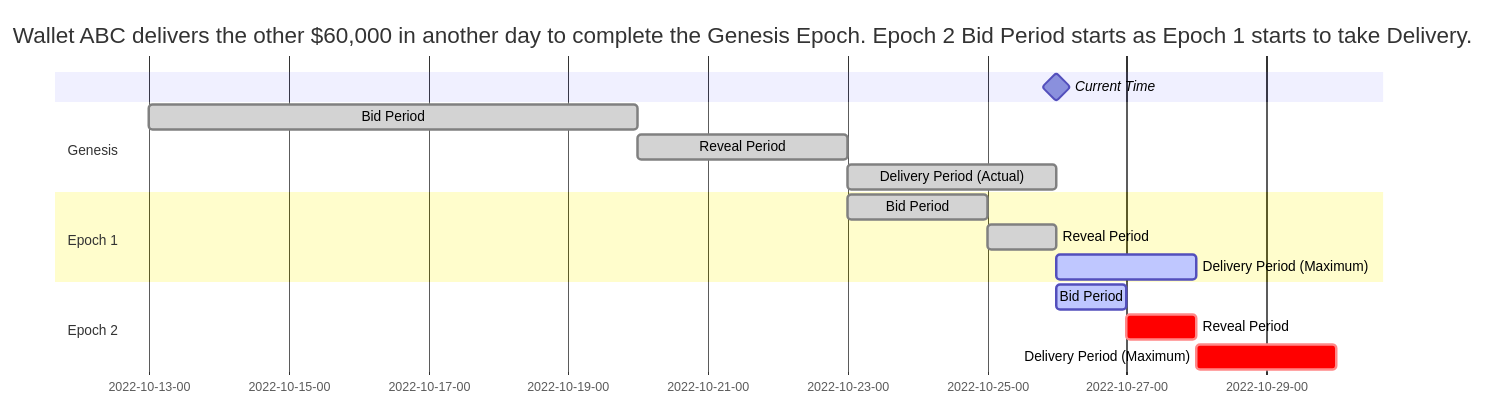
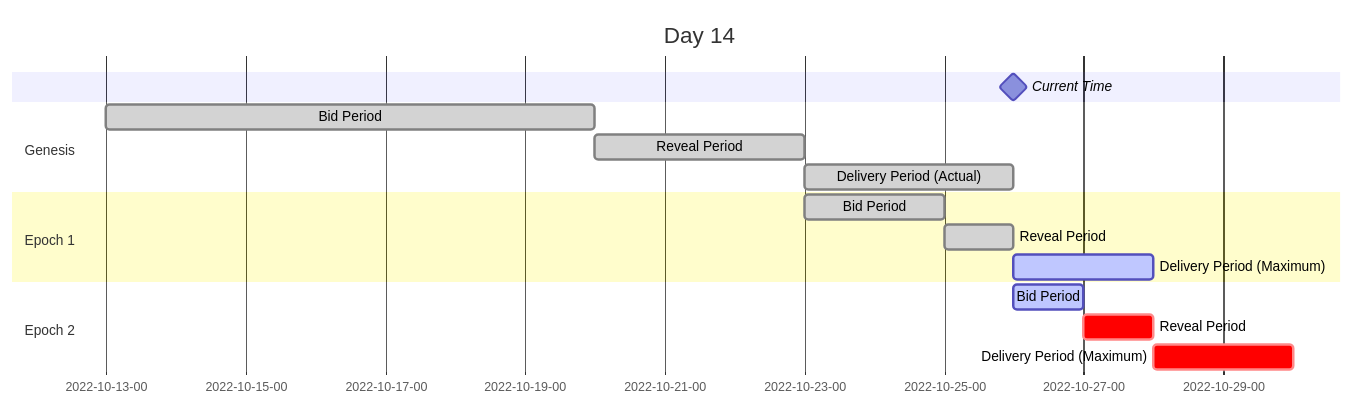
Before and after one commit to zoidz123/zoidz123.github.io: the fifth of 5 diagrams in docs/understanding-auction-behavior.md, drawn with Mermaid. The commit also changed other lines of this file and 18 other files, not shown here.

````diff
--- a/docs/understanding-auction-behavior.md
+++ b/docs/understanding-auction-behavior.md
@@ -207,23 +143,23 @@
 ```mermaid
 gantt
     dateFormat  YYYY-MM-DD-HH
     axisFormat  %Y-%m-%d-%H
     todayMarker off
-    title       Wallet ABC delivers the other $60,000 in another day to complete the Genesis Epoch. Epoch 2 Bid Period starts as Epoch 1 starts to take Delivery.
+    title       Day 14
     Current Time: milestone, 2022-10-26-00, 0d
 
     section Genesis
     Bid Period                  :done,  des1, 2022-10-13-00, 7d
     Reveal Period               :done,  des2, after des1, 3d
     Delivery Period (Actual)             :done,  des3, after des2, 3d
 
     section Epoch 1
     Bid Period                  :done,  des4, after des2, 2d
     Reveal Period               :done,  des5, after des4, 1d
     Delivery Period (Maximum)            :active,  des6, after des5, 2d
 
     section Epoch 2
     Bid Period                  :active,  des7, after des5, 1d
     Reveal Period               :crit,  des8, after des7, 1d
     Delivery Period (Maximum)            :crit,  des9, after des8, 2d
 ```
````
